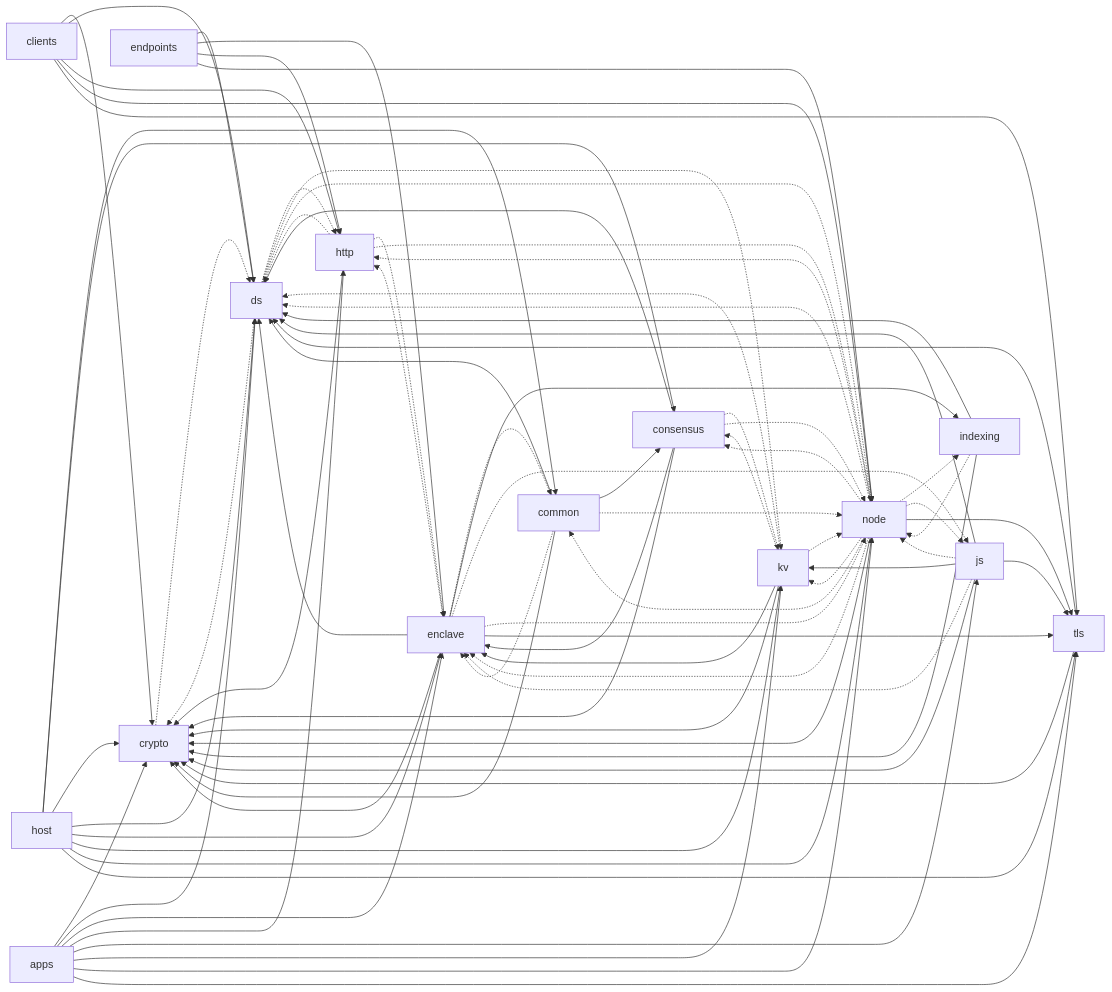
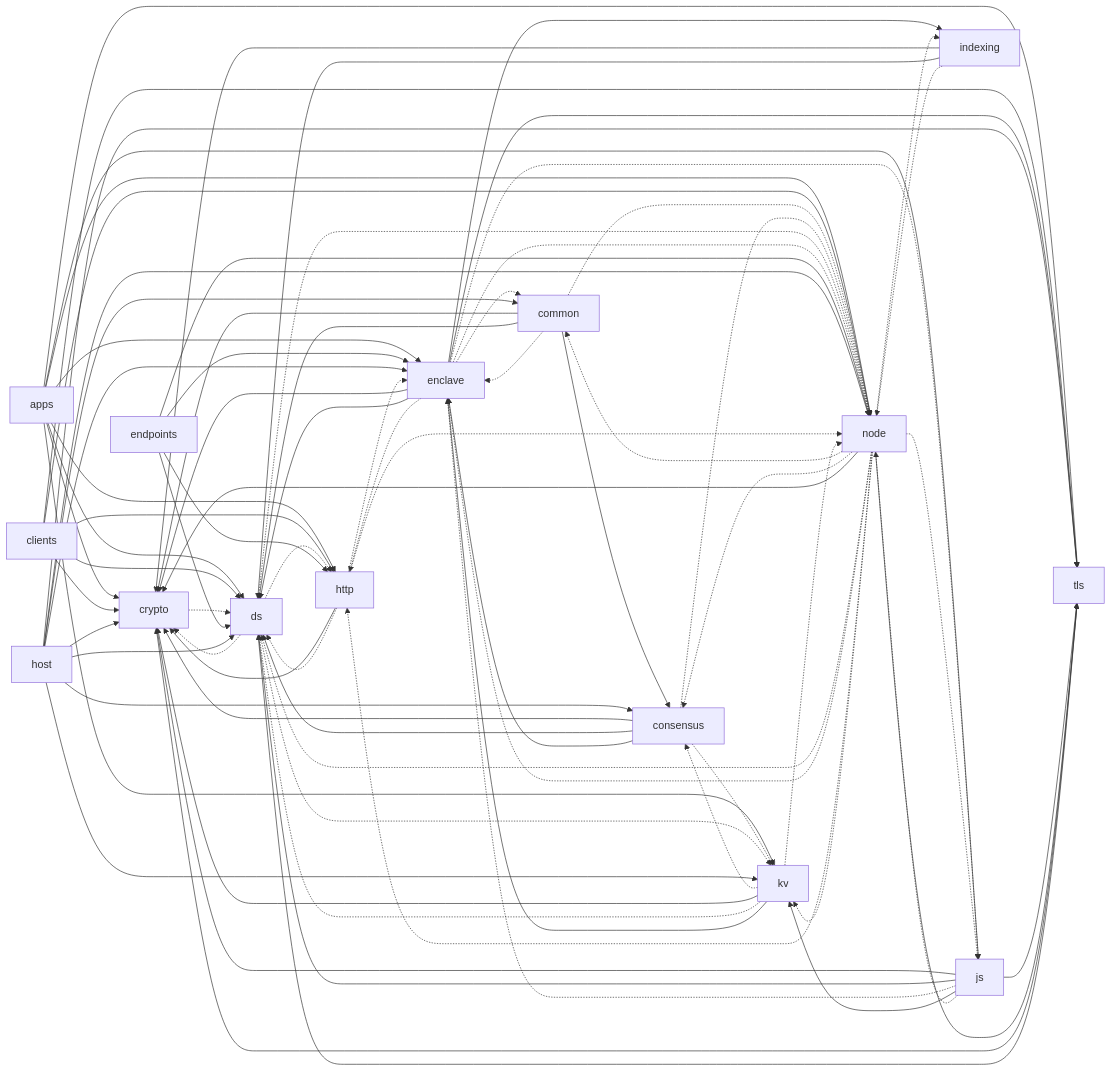
The diagram in doc/architecture/source_dependencies.mmd (microsoft/CCF), drawn with Mermaid before and after one commit. The commit also changed other lines of this file and 1 other file, not shown here.

```diff
--- a/doc/architecture/source_dependencies.mmd
+++ b/doc/architecture/source_dependencies.mmd
@@ -1,79 +1,79 @@
 graph LR
-    crypto -.-> ds
-    tls --> crypto
-    tls --> ds
-    ds -.-> crypto
-    ds -.-> http
-    ds -.-> kv
-    ds -.-> node
-    endpoints --> ds
-    endpoints --> enclave
-    endpoints --> http
-    endpoints --> node
-    indexing --> crypto
-    indexing --> ds
-    indexing -.-> node
+    apps --> crypto
+    apps --> ds
+    apps --> enclave
+    apps --> http
+    apps --> js
+    apps --> kv
+    apps --> node
+    apps --> tls
+    clients --> crypto
+    clients --> ds
+    clients --> http
+    clients --> node
+    clients --> tls
     common --> consensus
     common --> crypto
     common --> ds
     common -.-> enclave
     common -.-> node
-    http --> crypto
-    http -.-> ds
-    http -.-> enclave
-    http -.-> node
-    clients --> crypto
-    clients --> ds
-    clients --> http
-    clients --> node
-    clients --> tls
     consensus --> crypto
     consensus --> ds
     consensus --> enclave
     consensus -.-> kv
     consensus -.-> node
-    kv -.-> consensus
-    kv --> crypto
-    kv -.-> ds
-    kv --> enclave
-    kv -.-> node
-    js --> crypto
-    js --> ds
-    js -.-> enclave
-    js --> kv
-    js -.-> node
-    js --> tls
+    crypto -.-> ds
+    ds -.-> crypto
+    ds -.-> http
+    ds -.-> kv
+    ds -.-> node
     enclave -.-> common
     enclave --> crypto
     enclave --> ds
     enclave -.-> http
     enclave --> indexing
     enclave -.-> js
     enclave -.-> node
     enclave --> tls
+    endpoints --> ds
+    endpoints --> enclave
+    endpoints --> http
+    endpoints --> node
     host --> common
     host --> consensus
     host --> crypto
     host --> ds
     host --> enclave
     host --> kv
     host --> node
     host --> tls
-    apps --> crypto
-    apps --> ds
-    apps --> enclave
-    apps --> http
-    apps --> js
-    apps --> kv
-    apps --> node
-    apps --> tls
+    http --> crypto
+    http -.-> ds
+    http -.-> enclave
+    http -.-> node
+    indexing --> crypto
+    indexing --> ds
+    indexing -.-> node
+    js --> crypto
+    js --> ds
+    js -.-> enclave
+    js --> kv
+    js -.-> node
+    js --> tls
+    kv -.-> consensus
+    kv --> crypto
+    kv -.-> ds
+    kv --> enclave
+    kv -.-> node
     node -.-> common
     node -.-> consensus
     node --> crypto
     node -.-> ds
     node -.-> enclave
     node -.-> http
     node -.-> indexing
     node -.-> js
     node -.-> kv
     node --> tls
+    tls --> crypto
+    tls --> ds
```
